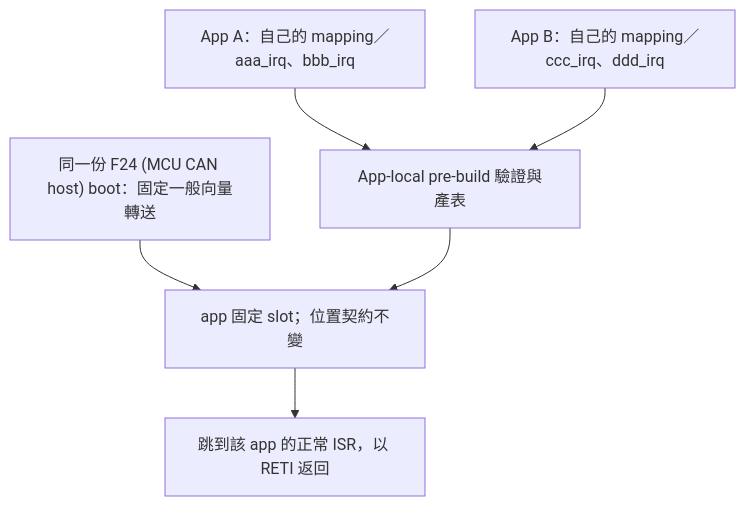
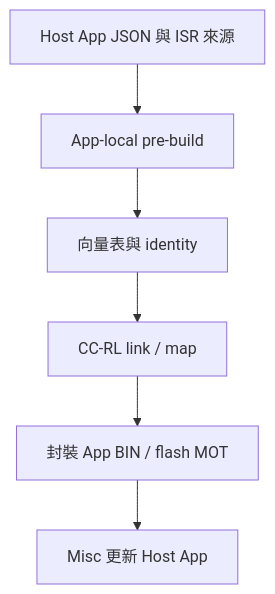
One commit to released/slide_isp_tool_for_RL78 changed diagram 12 of 14 in index.md. Above: the diagram before and after it, drawn with Mermaid. The commit also changed other lines of this file and 2 other files, not shown here.

````diff
--- a/index.md
+++ b/index.md
@@ -1351,8 +602,8 @@
 ```mermaid
 flowchart TD
-    BOOT["同一份 F24 (MCU CAN host) boot：固定一般向量轉送"] --> SLOT["app 固定 slot；位置契約不變"]
-    A["App A：自己的 mapping／aaa_irq、bbb_irq"] --> GEN["App-local pre-build 驗證與產表"]
-    B["App B：自己的 mapping／ccc_irq、ddd_irq"] --> GEN
-    GEN --> SLOT
-    SLOT --> ISR["跳到該 app 的正常 ISR，以 RETI 返回"]
+    CONFIG["Host App JSON 與 ISR 來源"] --> GEN["App-local pre-build"]
+    GEN --> TABLE["向量表與 identity"]
+    TABLE --> LINK["CC-RL link / map"]
+    LINK --> PACK["封裝 App BIN / flash MOT"]
+    PACK --> UPDATE["Misc 更新 Host App"]
 ```
````
